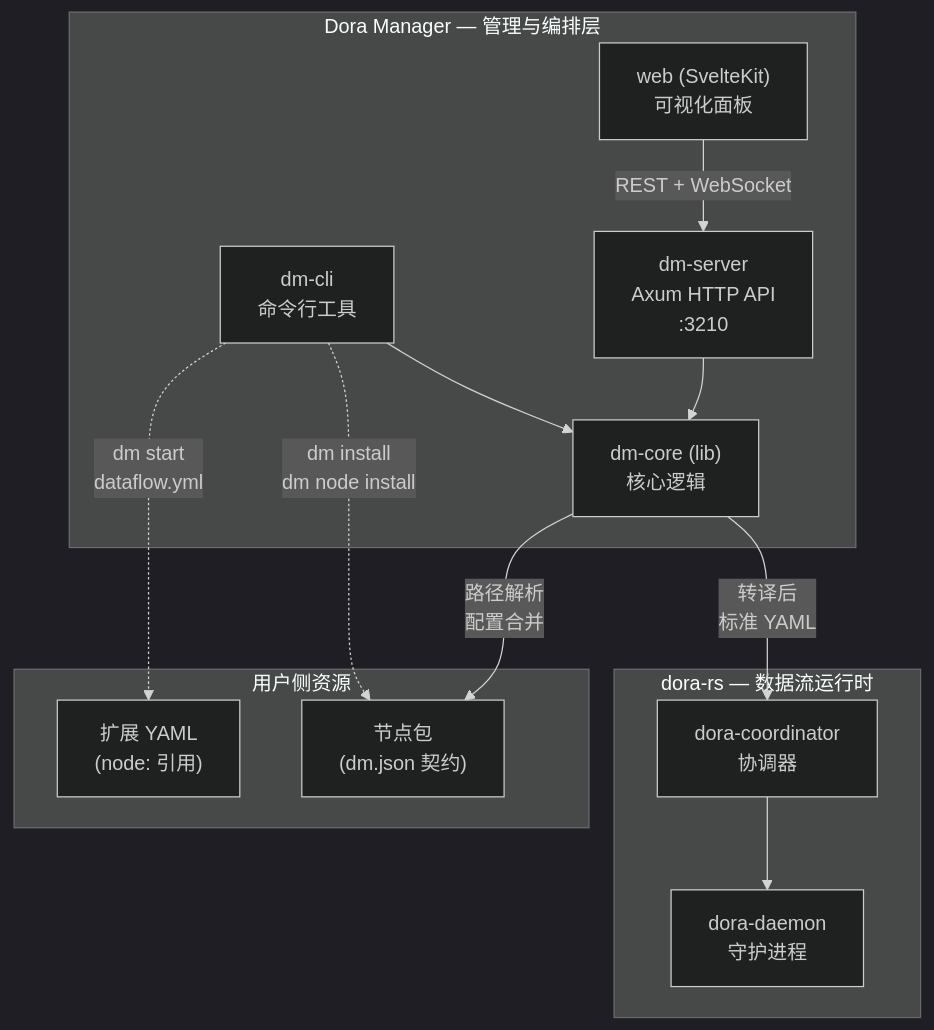
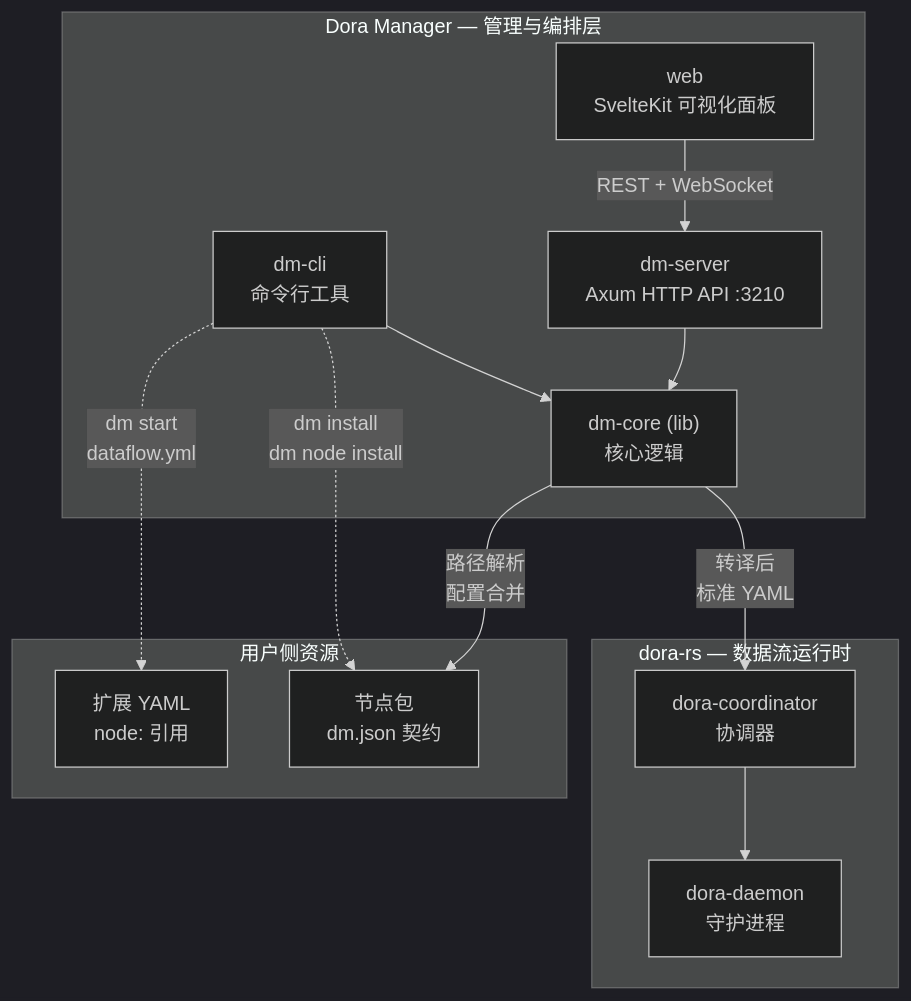
The first of 2 diagrams in wiki/zh/01-project-overview.md (l1veIn/dora-manager), drawn with Mermaid (dark theme) before and after one commit. The commit also changed other lines of this file and 99 other files, not shown here.

````diff
--- a/wiki/zh/01-project-overview.md
+++ b/wiki/zh/01-project-overview.md
@@ -15,30 +11,30 @@
 ```mermaid
 graph TB
     subgraph "Dora Manager — 管理与编排层"
         CLI["dm-cli<br/>命令行工具"]
-        API["dm-server<br/>Axum HTTP API<br/>:3210"]
-        WEB["web (SvelteKit)<br/>可视化面板"]
-        
+        API["dm-server<br/>Axum HTTP API :3210"]
+        WEB["web<br/>SvelteKit 可视化面板"]
+
         CORE["dm-core (lib)<br/>核心逻辑"]
-        
+
         CLI --> CORE
         API --> CORE
         WEB -->|"REST + WebSocket"| API
     end
 
     subgraph "dora-rs — 数据流运行时"
         COORD["dora-coordinator<br/>协调器"]
         DAEMON["dora-daemon<br/>守护进程"]
     end
 
     subgraph "用户侧资源"
-        YAML["扩展 YAML<br/>(node: 引用)"]
-        NODES["节点包<br/>(dm.json 契约)"]
+        YAML["扩展 YAML<br/>node: 引用"]
+        NODES["节点包<br/>dm.json 契约"]
     end
 
     CORE -->|"转译后<br/>标准 YAML"| COORD
     COORD --> DAEMON
     CLI -.->|"dm install<br/>dm node install"| NODES
     CLI -.->|"dm start<br/>dataflow.yml"| YAML
     CORE -->|"路径解析<br/>配置合并"| NODES
 ```
````
